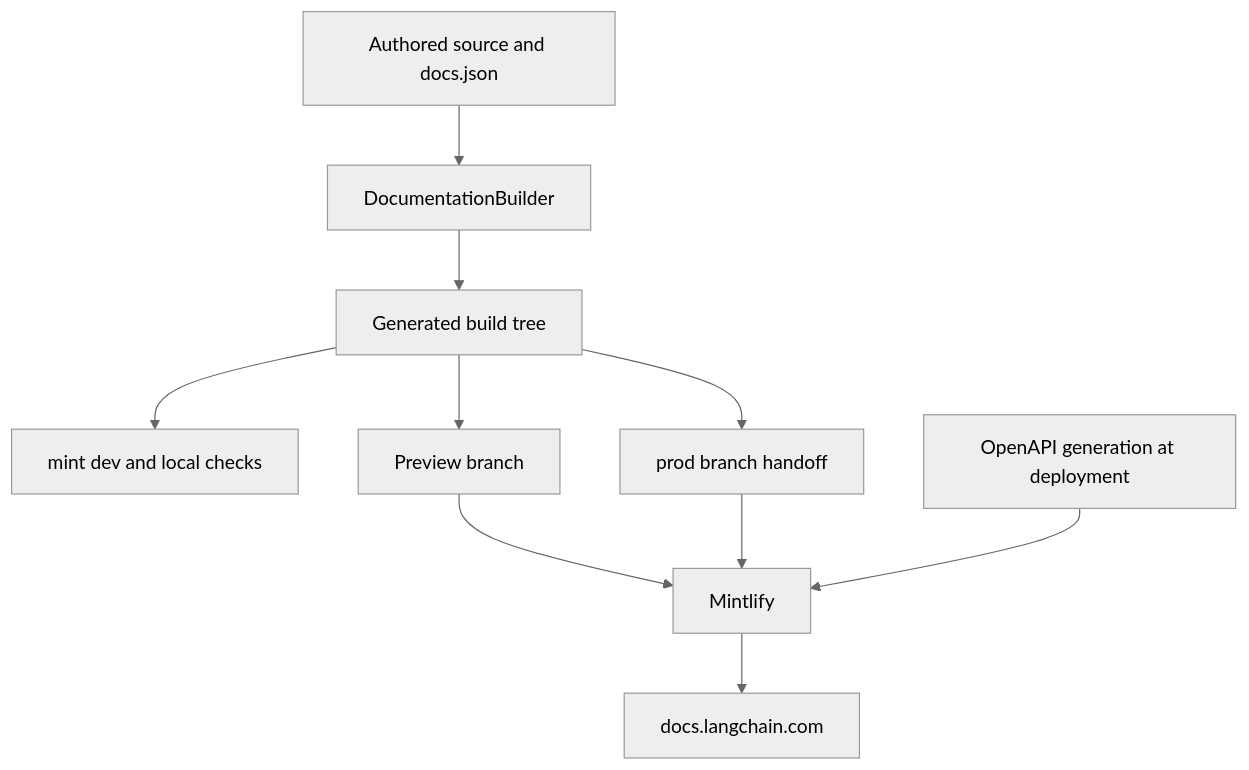
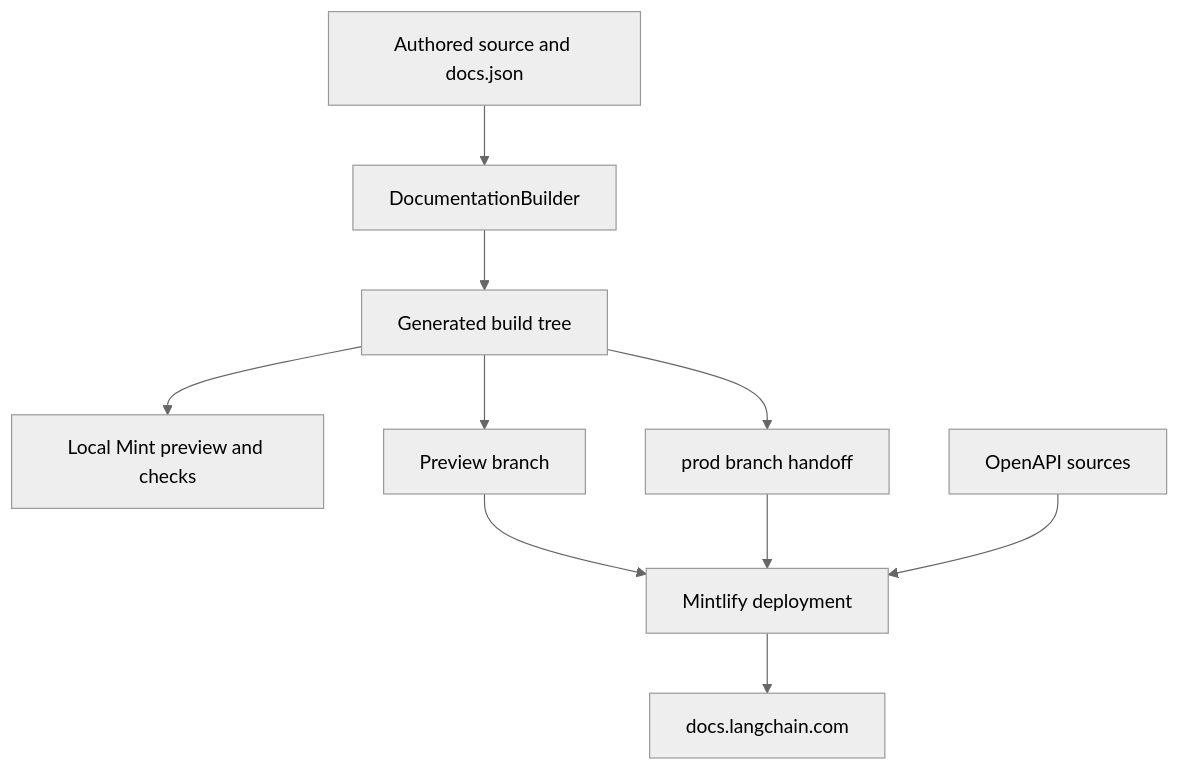
Before and after one commit to langchain-ai/docs: the diagram in openwiki/integrations/mintlify.md, drawn with Mermaid (neutral theme). The commit also changed other lines of this file and 16 other files, not shown here.

````diff
--- a/openwiki/integrations/mintlify.md
+++ b/openwiki/integrations/mintlify.md
@@ -47,12 +49,12 @@
 ```mermaid
 flowchart TD
     Source["Authored source and docs.json"] --> Builder["DocumentationBuilder"]
     Builder --> Build["Generated build tree"]
-    Build --> Local["mint dev and local checks"]
+    Build --> Local["Local Mint preview and checks"]
     Build --> Preview["Preview branch"]
     Build --> Production["prod branch handoff"]
-    Preview --> Mint["Mintlify"]
+    Preview --> Mint["Mintlify deployment"]
     Production --> Mint
-    OpenApi["OpenAPI generation at deployment"] --> Mint
+    Spec["OpenAPI sources"] --> Mint
     Mint --> Site["docs.langchain.com"]
 ```
````
